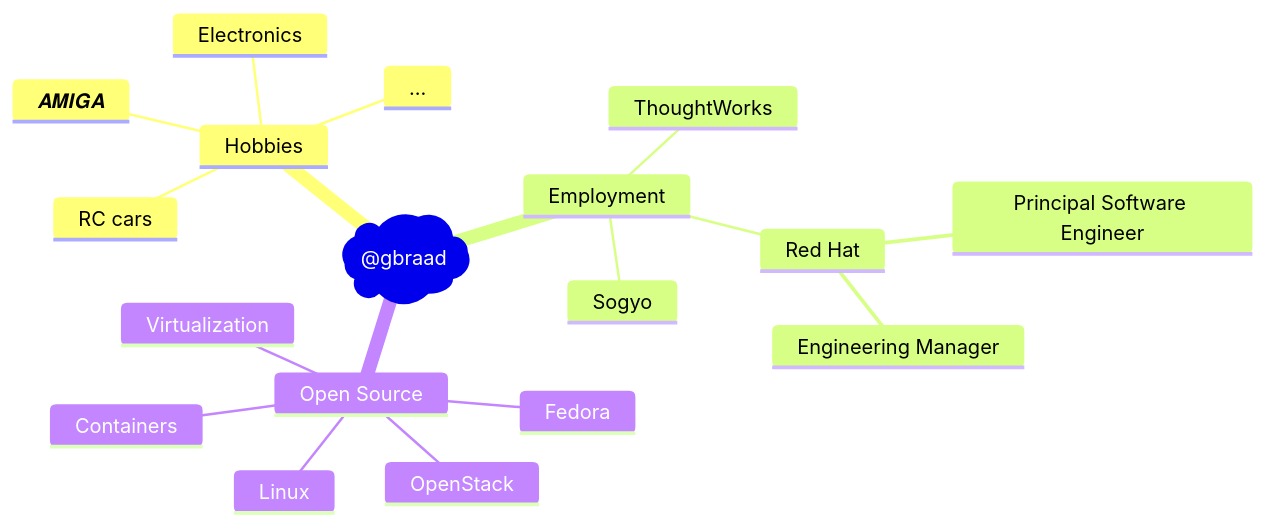
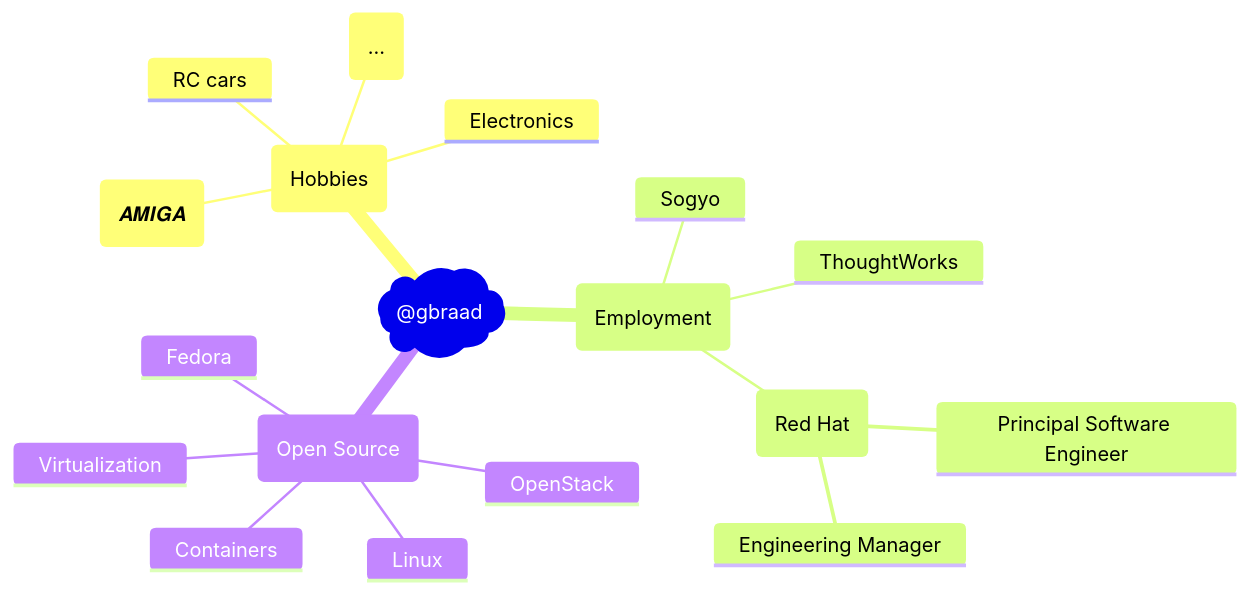
The diagram in README.md (gbraad/gbraad), drawn with Mermaid before and after one commit.

````diff
--- a/README.md
+++ b/README.md
@@ -29,21 +29,21 @@
 ```mermaid
 mindmap
    root)@gbraad(
-      Hobbies
-         𝑨𝑴𝑰𝑮𝑨
+      (Hobbies)
+         (𝑨𝑴𝑰𝑮𝑨)
          Electronics
          RC cars
-         ...
-      Employment
+         (...)
+      (Employment)
          Sogyo
          ThoughtWorks
-         Red Hat
+         (Red Hat)
             Principal Software Engineer
             Engineering Manager
-      Open Source
+      (Open Source)
          Linux
          Fedora
          OpenStack
          Containers
          Virtualization
 ```
````
